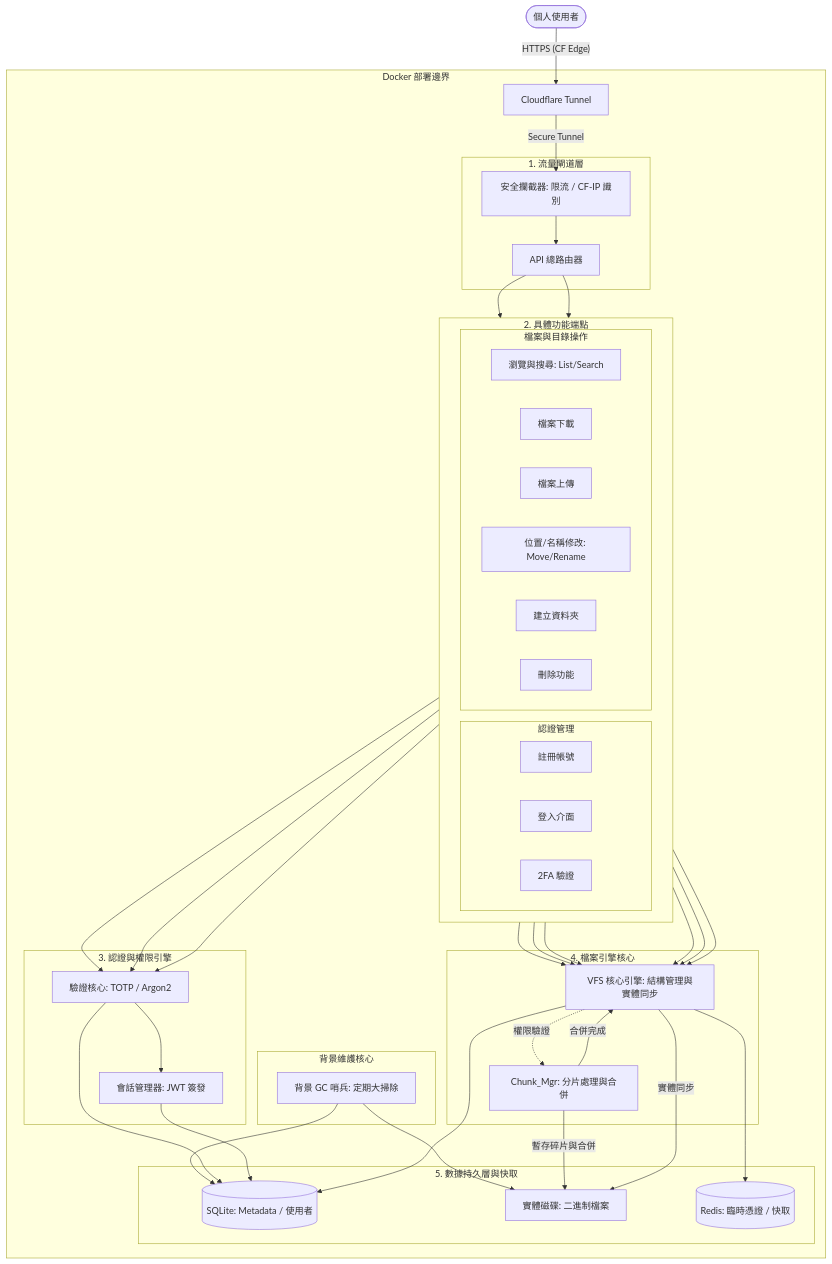
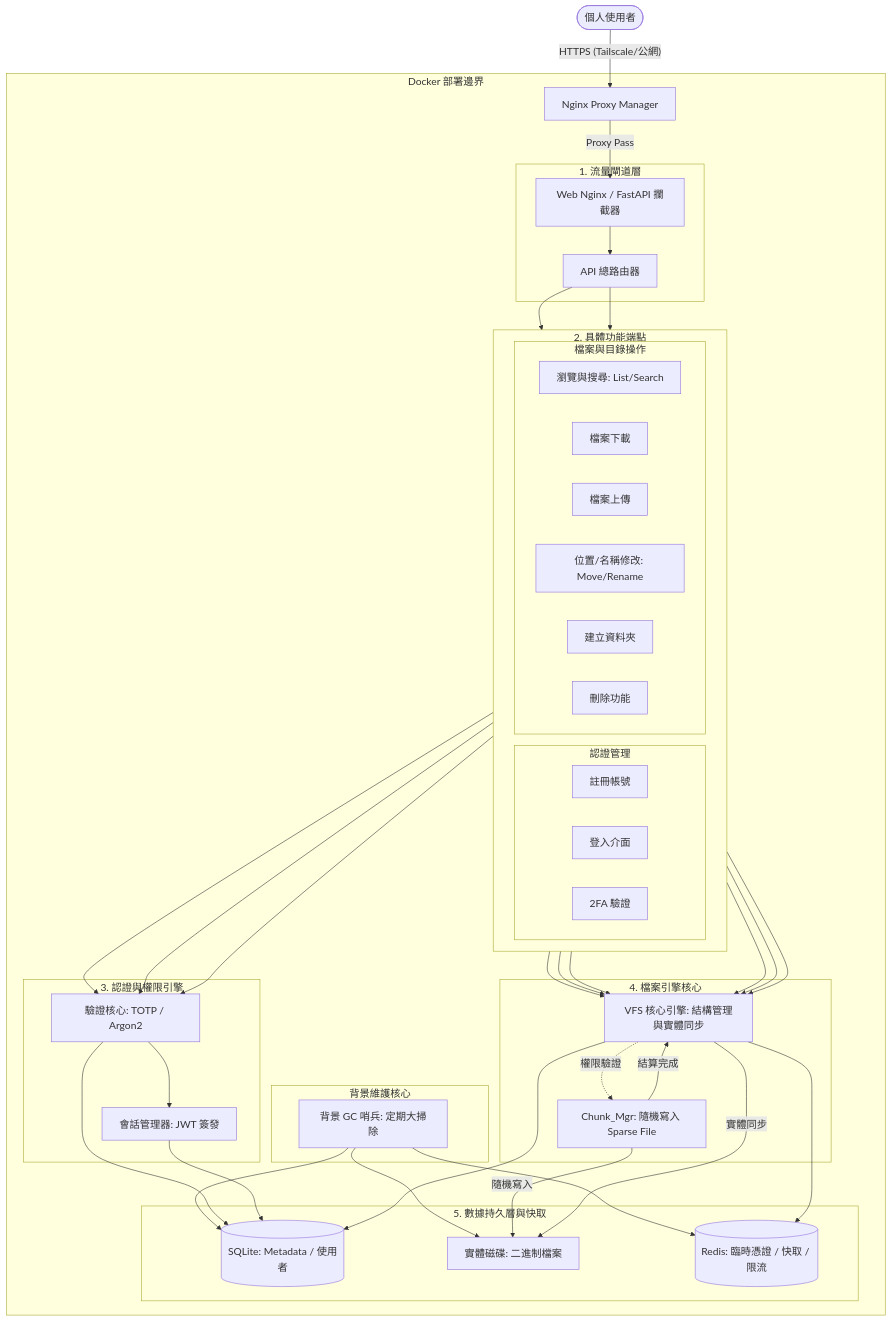
The first of 2 diagrams in README.md (Salt-Shio/FileBrowser), drawn with Mermaid before and after one commit. The commit also changed other lines of this file and 2 other files, not shown here.

````diff
--- a/README.md
+++ b/README.md
@@ -9,13 +48,14 @@
 ```mermaid
+%%{init: {'themeVariables': { 'fontSize': '18px'}}}%%
 graph TD
     %% 外部請求流向
-    User([個人使用者]) -- HTTPS (CF Edge) --> CF_Tunnel[Cloudflare Tunnel]
+    User([個人使用者]) -- HTTPS (Tailscale/公網) --> NPM[Nginx Proxy Manager]
     
     subgraph Docker_Boundary [Docker 部署邊界]
-        CF_Tunnel -- Secure Tunnel --> Ingress
+        NPM -- Proxy Pass --> Ingress
         
         subgraph Layer_1 [1. 流量閘道層]
-            Ingress[安全攔截器: 限流 / CF-IP 識別]
+            Ingress[Web Nginx / FastAPI 攔截器]
             Router[API 總路由器]
             Ingress --> Router
         end
@@ -50,11 +90,11 @@
 
     subgraph Layer_3_File [4. 檔案引擎核心]
         VFS_Engine[VFS 核心引擎: 結構管理與實體同步]
-        Chunk_Mgr[Chunk_Mgr: 分片處理與合併]
+        Chunk_Mgr[Chunk_Mgr: 隨機寫入 Sparse File]
         
         %% 內部邏輯流
         VFS_Engine -. 權限驗證 .-> Chunk_Mgr
-        Chunk_Mgr -- 合併完成 --> VFS_Engine
+        Chunk_Mgr -- 結算完成 --> VFS_Engine
     end
 
     subgraph Layer_3_GC [背景維護核心]
@@ -65,7 +105,7 @@
     subgraph Layer_4 [5. 數據持久層與快取]
         DB[(SQLite: Metadata / 使用者)]
         Disk[實體磁碟: 二進制檔案]
-        RedisCache[(Redis: 臨時憑證 / 快取)]
+        RedisCache[(Redis: 臨時憑證 / 快取 / 限流)]
     end
 
     %% 跨層對接邏輯
@@ -84,13 +124,14 @@
     %% 背景 GC 哨兵運作關聯
     GC_Sentinel --> DB
     GC_Sentinel --> Disk
+    GC_Sentinel --> RedisCache
 
     %% 底層持久化
     Auth_Core --> DB
     Session_Mgr --> DB
     VFS_Engine --> DB
     VFS_Engine --> RedisCache
-    Chunk_Mgr -- 暫存碎片與合併 --> Disk
+    Chunk_Mgr -- 隨機寫入 --> Disk
     VFS_Engine -- 實體同步 --> Disk
     end
 ```
````
